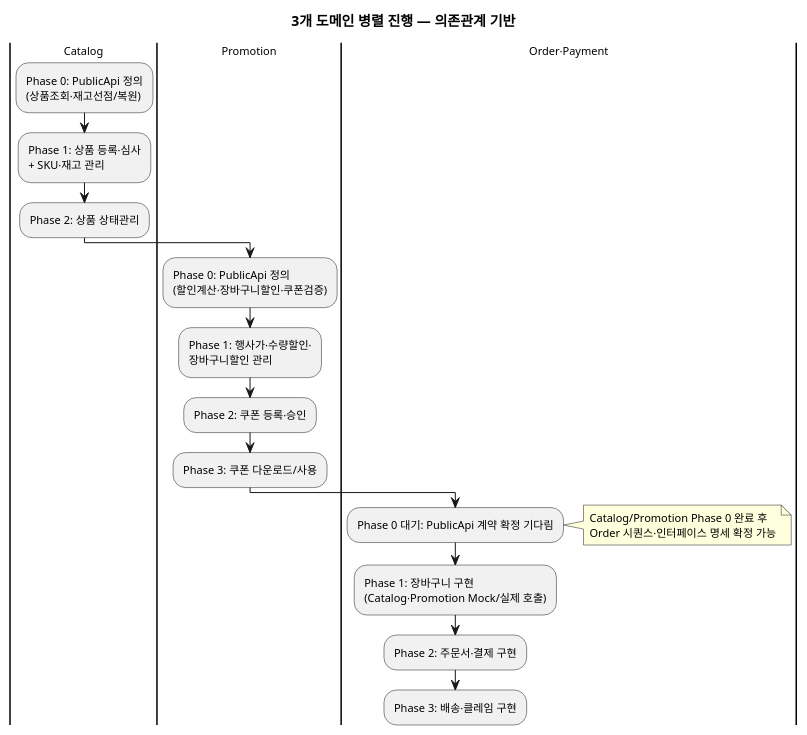
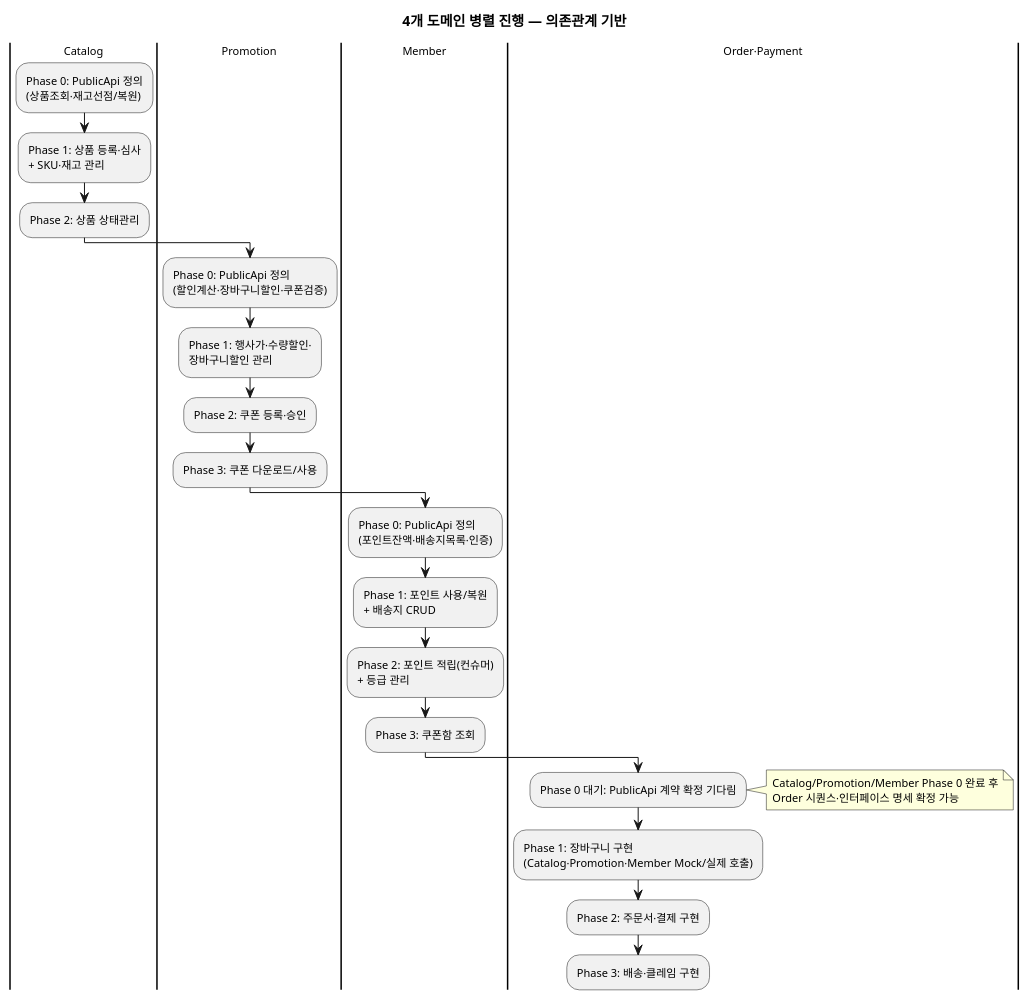
One commit to parknahyun/runNShop changed the fourth of 6 diagrams in docs/자산화/참고자료/도메인간-우선업무-의존관계.md. Above: the diagram before and after it, drawn with PlantUML. The commit also changed other lines of this file, not shown here.

````diff
--- a/docs/자산화/참고자료/도메인간-우선업무-의존관계.md
+++ b/docs/자산화/참고자료/도메인간-우선업무-의존관계.md
@@ -73,31 +291,40 @@
 ```plantuml
 @startuml
 skinparam backgroundColor transparent
 skinparam defaultFontSize 11
-title 3개 도메인 병렬 진행 — 의존관계 기반
+title 4개 도메인 병렬 진행 — 의존관계 기반
 
 |Catalog|
 :Phase 0: PublicApi 정의
 (상품조회·재고선점/복원);
 :Phase 1: 상품 등록·심사
 + SKU·재고 관리;
 :Phase 2: 상품 상태관리;
 
 |Promotion|
 :Phase 0: PublicApi 정의
 (할인계산·장바구니할인·쿠폰검증);
 :Phase 1: 행사가·수량할인·
 장바구니할인 관리;
 :Phase 2: 쿠폰 등록·승인;
 :Phase 3: 쿠폰 다운로드/사용;
 
+|Member|
+:Phase 0: PublicApi 정의
+(포인트잔액·배송지목록·인증);
+:Phase 1: 포인트 사용/복원
++ 배송지 CRUD;
+:Phase 2: 포인트 적립(컨슈머)
++ 등급 관리;
+:Phase 3: 쿠폰함 조회;
+
 |Order·Payment|
 :Phase 0 대기: PublicApi 계약 확정 기다림;
-note right: Catalog/Promotion Phase 0 완료 후\nOrder 시퀀스·인터페이스 명세 확정 가능
+note right: Catalog/Promotion/Member Phase 0 완료 후\nOrder 시퀀스·인터페이스 명세 확정 가능
 :Phase 1: 장바구니 구현
-(Catalog·Promotion Mock/실제 호출);
+(Catalog·Promotion·Member Mock/실제 호출);
 :Phase 2: 주문서·결제 구현;
 :Phase 3: 배송·클레임 구현;
 
 @enduml
 ```
````
